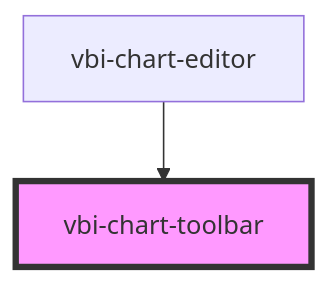
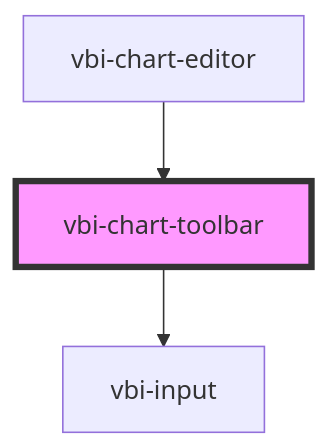
The diagram in packages/vbi-component/src/components/chart/vbi-chart-toolbar/readme.md (Ditto190/VBI-modme), drawn with Mermaid before and after one commit. The commit also changed other lines of this file and 2 other files, not shown here.

Commit message:
feat(vbi-chart-toolbar): integrate vbi-input for chart limit control

````diff
--- a/packages/vbi-component/src/components/chart/vbi-chart-toolbar/readme.md
+++ b/packages/vbi-component/src/components/chart/vbi-chart-toolbar/readme.md
@@ -15,5 +19,6 @@
 ```mermaid
 graph TD;
+  vbi-chart-toolbar --> vbi-input
   vbi-chart-editor --> vbi-chart-toolbar
   style vbi-chart-toolbar fill:#f9f,stroke:#333,stroke-width:4px
 ```
````
